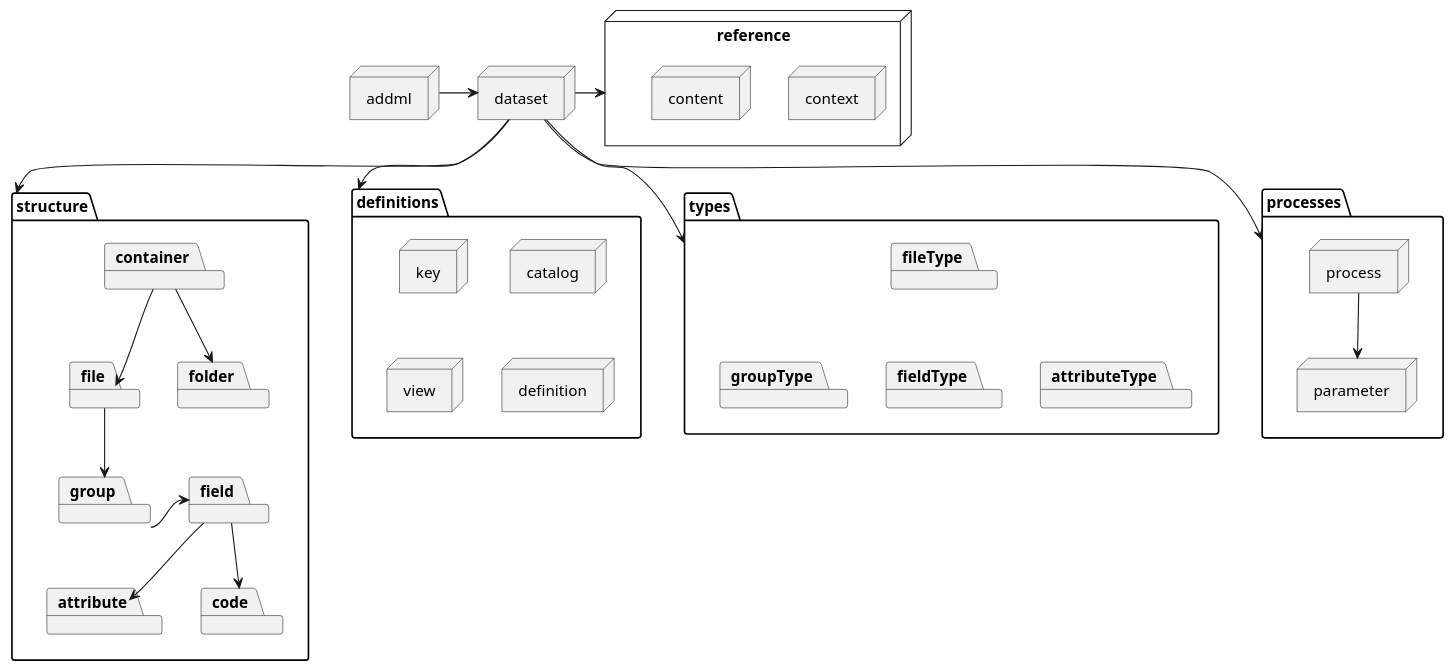
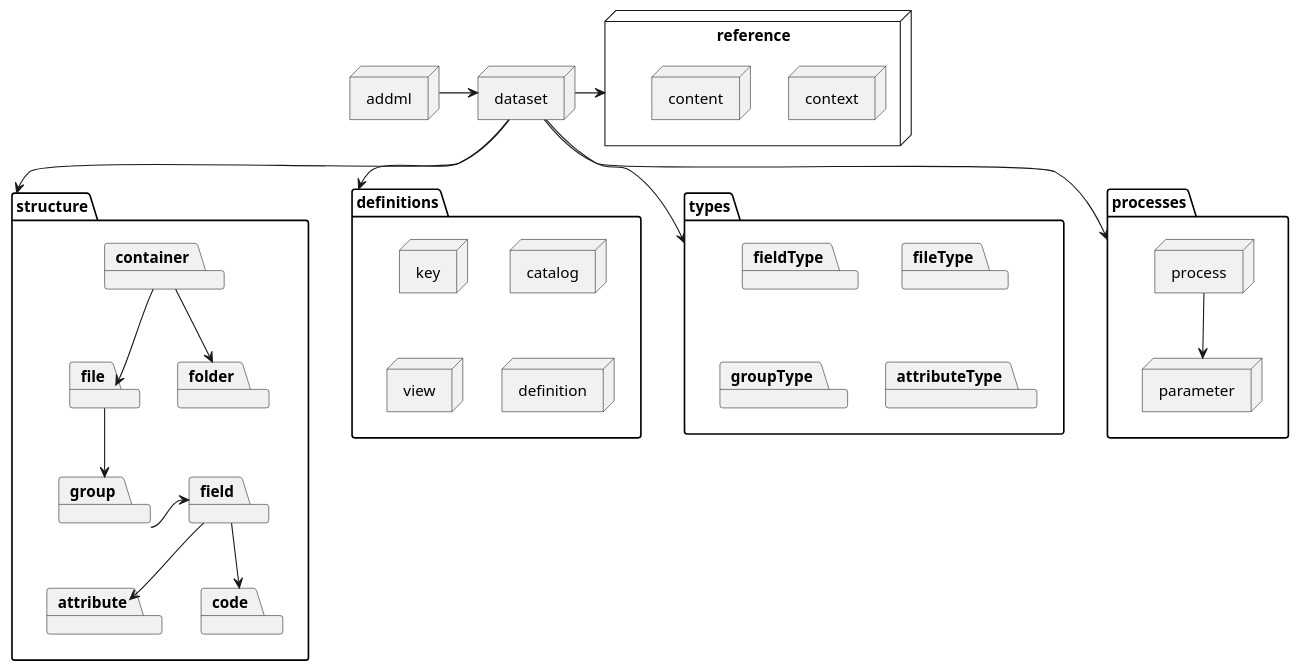
The diagram in usage/aspirations/umls/addml_v9.puml (joergen-vs/73027c42-c2cd-4c62-b1f4-2532c0eb8dab), drawn with PlantUML before and after one commit. The commit also changed 7 other files, not shown here.

```diff
--- a/usage/aspirations/umls/addml_v9.puml
+++ b/usage/aspirations/umls/addml_v9.puml
@@ -1,66 +1,66 @@
 @startuml
 node addml
 
 node dataset
 addml -> dataset
 
 node reference {
     node content
     node context
     content -[hidden] context
 }
 
 dataset -> reference
 
 package structure {
     package container
     package file
     package folder
     package group
     package field
     package attribute
     package code
 }
 
 dataset --> structure
 container --> folder
 container --> file
 file --> group
 group -> field
 field --> attribute
 field --> code
 
 package definitions{
     node catalog
     node definition
     node key
     node "view"
 }
 
 catalog -[hidden]- definition
 key-[hidden]- view
 
 dataset --> definitions
 
 package types {
     package fileType
     package groupType
     package fieldType
     package attributeType
 
     fileType -[hidden]- groupType
-    fileType -[hidden]- fieldType
     fileType -[hidden]- attributeType
+    
 }
 
 dataset --> types
 
 package processes {
 node process
 node parameter
 }
 
 process --> parameter
 
 dataset --> processes
 @enduml
```
